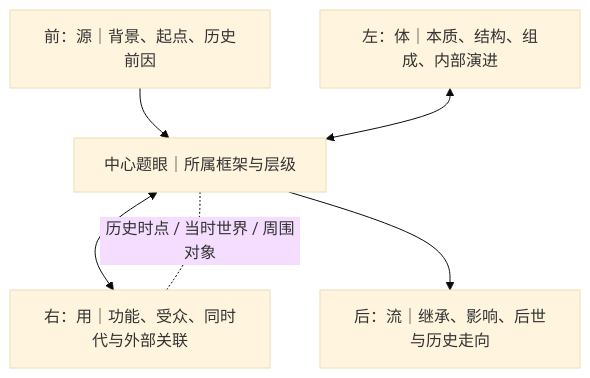
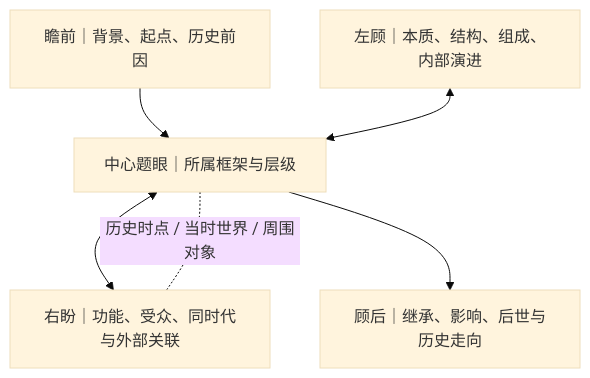
One commit to yijianvision-lgtm/yijian changed the diagram in docs/NEBULA-SKILL.md. Above: the diagram before and after it, drawn with Mermaid (base theme). The commit also changed other lines of this file, not shown here.

````diff
--- a/docs/NEBULA-SKILL.md
+++ b/docs/NEBULA-SKILL.md
@@ -55,13 +55,13 @@
 ```mermaid
 flowchart TB
-  P["前：源｜背景、起点、历史前因"]
-  L["左：体｜本质、结构、组成、内部演进"]
+  P["瞻前｜背景、起点、历史前因"]
+  L["左顾｜本质、结构、组成、内部演进"]
   C["中心题眼｜所属框架与层级"]
-  R["右：用｜功能、受众、同时代与外部关联"]
-  F["后：流｜继承、影响、后世与历史走向"]
+  R["右盼｜功能、受众、同时代与外部关联"]
+  F["顾后｜继承、影响、后世与历史走向"]
   P --> C
   L <--> C
   C <--> R
   C --> F
   C -. "历史时点 / 当时世界 / 周围对象" .- R
 ```
````
